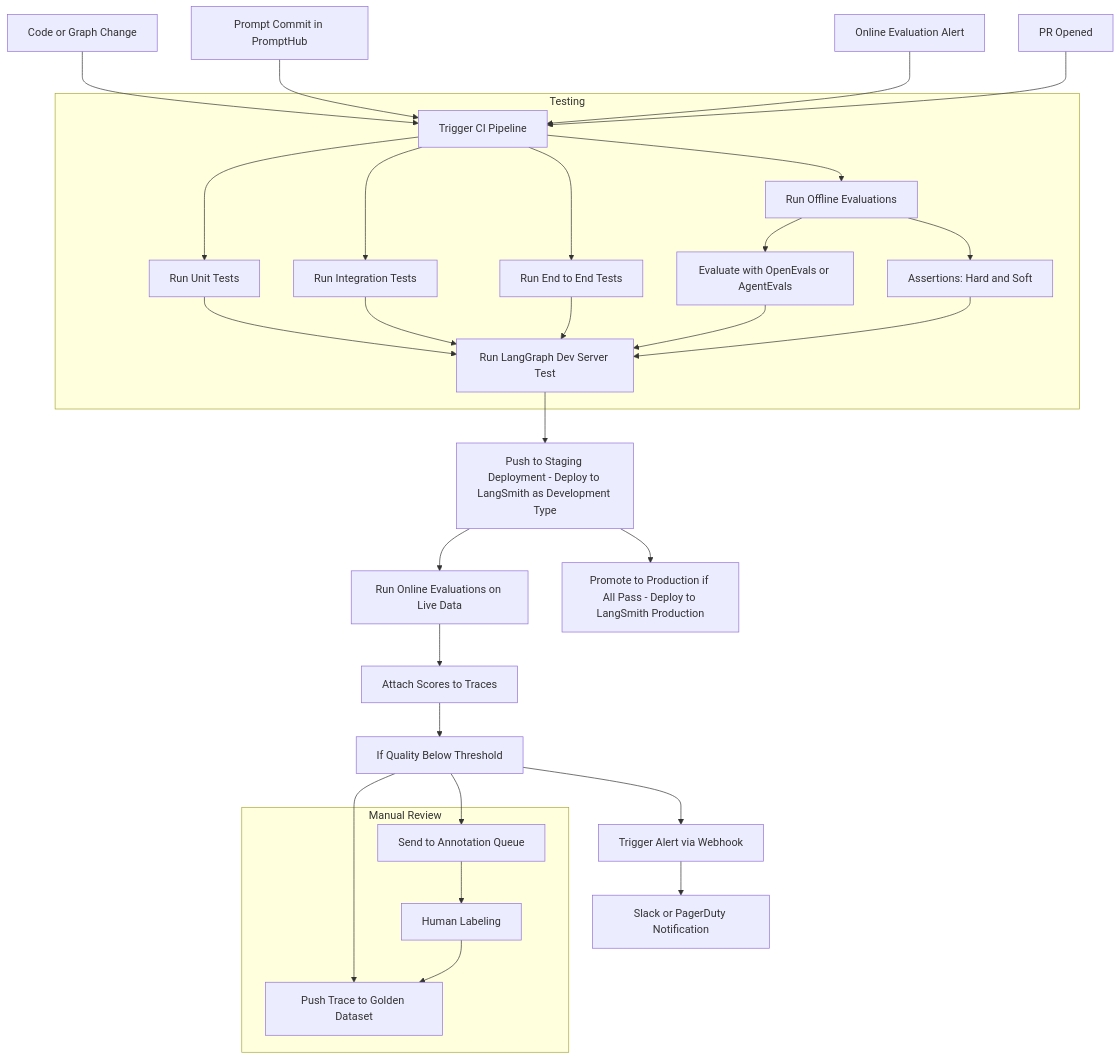
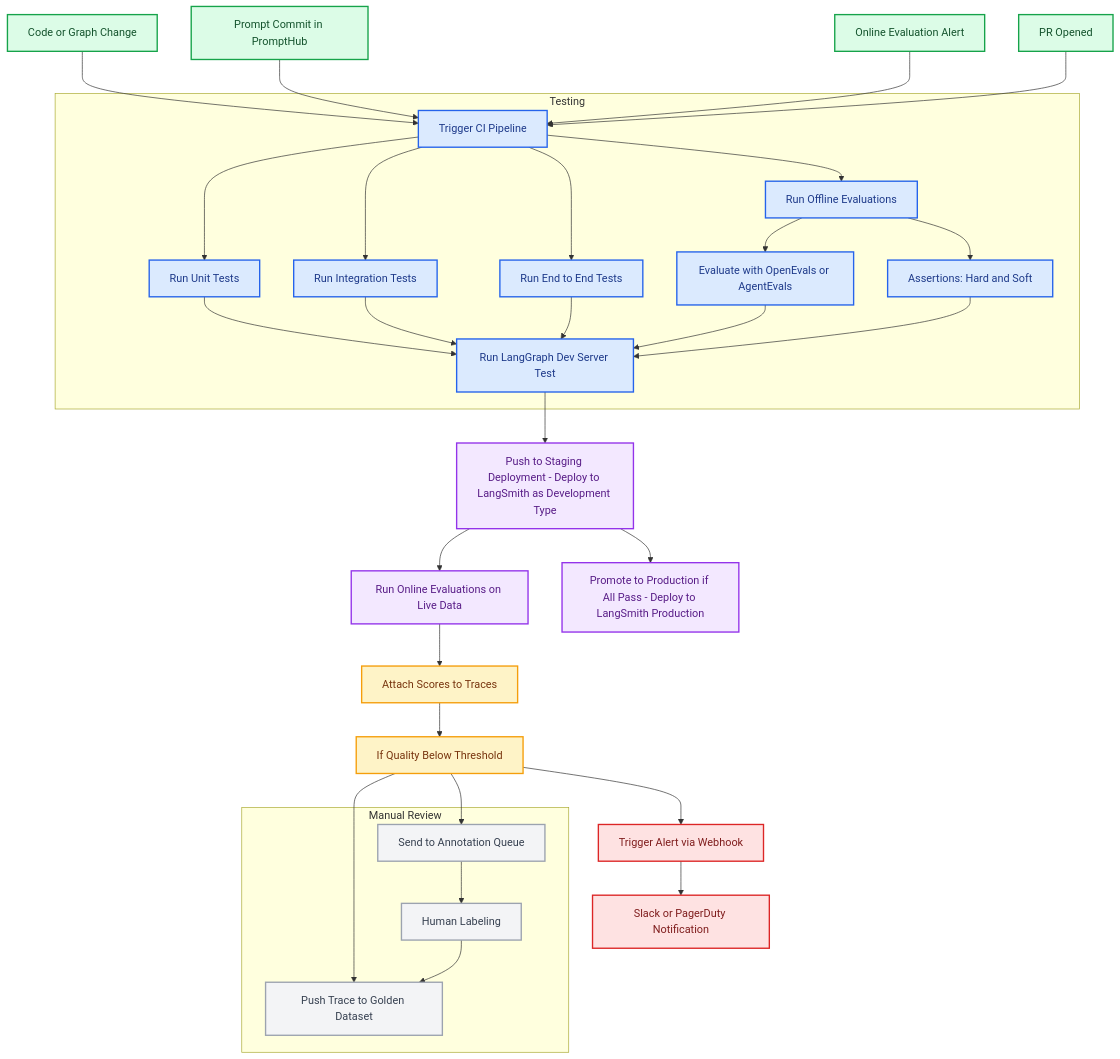
The first of 2 diagrams in langsmith/cicd-pipeline-example.mdx (kunfan96/cndocs-langchain), drawn with Mermaid before and after one commit. The commit also changed other lines of this file and 2611 other files, not shown here.

````diff
--- a/langsmith/cicd-pipeline-example.mdx
+++ b/langsmith/cicd-pipeline-example.mdx
@@ -21,42 +21,56 @@
 ```mermaid
 graph TD
     A1[Code or Graph Change] --> B1[Trigger CI Pipeline]
     A2[Prompt Commit in PromptHub] --> B1
     A3[Online Evaluation Alert] --> B1
     A4[PR Opened] --> B1
 
     subgraph "Testing"
         B1 --> C1[Run Unit Tests]
         B1 --> C2[Run Integration Tests]
         B1 --> C3[Run End to End Tests]
         B1 --> C4[Run Offline Evaluations]
 
         C4 --> D1[Evaluate with OpenEvals or AgentEvals]
         C4 --> D2[Assertions: Hard and Soft]
 
         C1 --> E1[Run LangGraph Dev Server Test]
         C2 --> E1
         C3 --> E1
         D1 --> E1
         D2 --> E1
     end
 
     E1 --> F1[Push to Staging Deployment - Deploy to LangSmith as Development Type]
 
     F1 --> G1[Run Online Evaluations on Live Data]
     G1 --> H1[Attach Scores to Traces]
 
     H1 --> I1[If Quality Below Threshold]
     I1 --> J1[Send to Annotation Queue]
     I1 --> J2[Trigger Alert via Webhook]
     I1 --> J3[Push Trace to Golden Dataset]
 
     F1 --> K1[Promote to Production if All Pass - Deploy to LangSmith Production]
 
     J2 --> L1[Slack or PagerDuty Notification]
 
     subgraph Manual Review
         J1 --> M1[Human Labeling]
         M1 --> J3
     end
+
+    classDef trigger fill:#DCFCE7,stroke:#16A34A,stroke-width:2px,color:#14532D
+    classDef process fill:#DBEAFE,stroke:#2563EB,stroke-width:2px,color:#1E3A8A
+    classDef decision fill:#FEF3C7,stroke:#F59E0B,stroke-width:2px,color:#78350F
+    classDef output fill:#F3E8FF,stroke:#9333EA,stroke-width:2px,color:#581C87
+    classDef alert fill:#FEE2E2,stroke:#DC2626,stroke-width:2px,color:#7F1D1D
+    classDef neutral fill:#F3F4F6,stroke:#9CA3AF,stroke-width:2px,color:#374151
+
+    class A1,A2,A3,A4 trigger
+    class B1,C1,C2,C3,C4,D1,D2,E1 process
+    class H1,I1 decision
+    class F1,G1,K1 output
+    class J2,L1 alert
+    class J1,J3,M1 neutral
 ```
````
